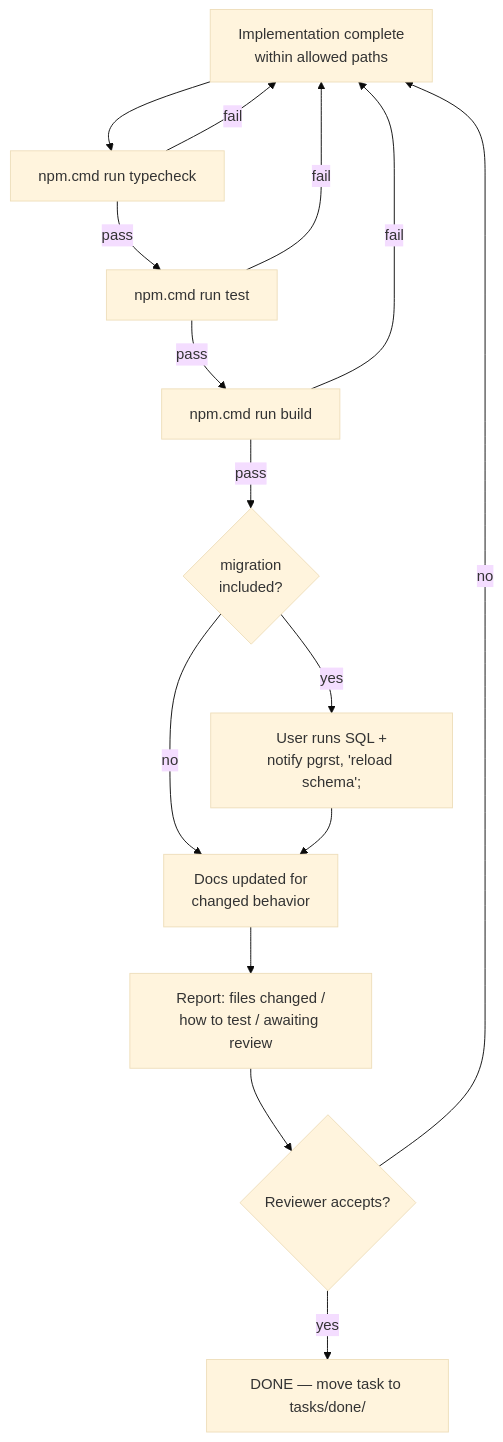
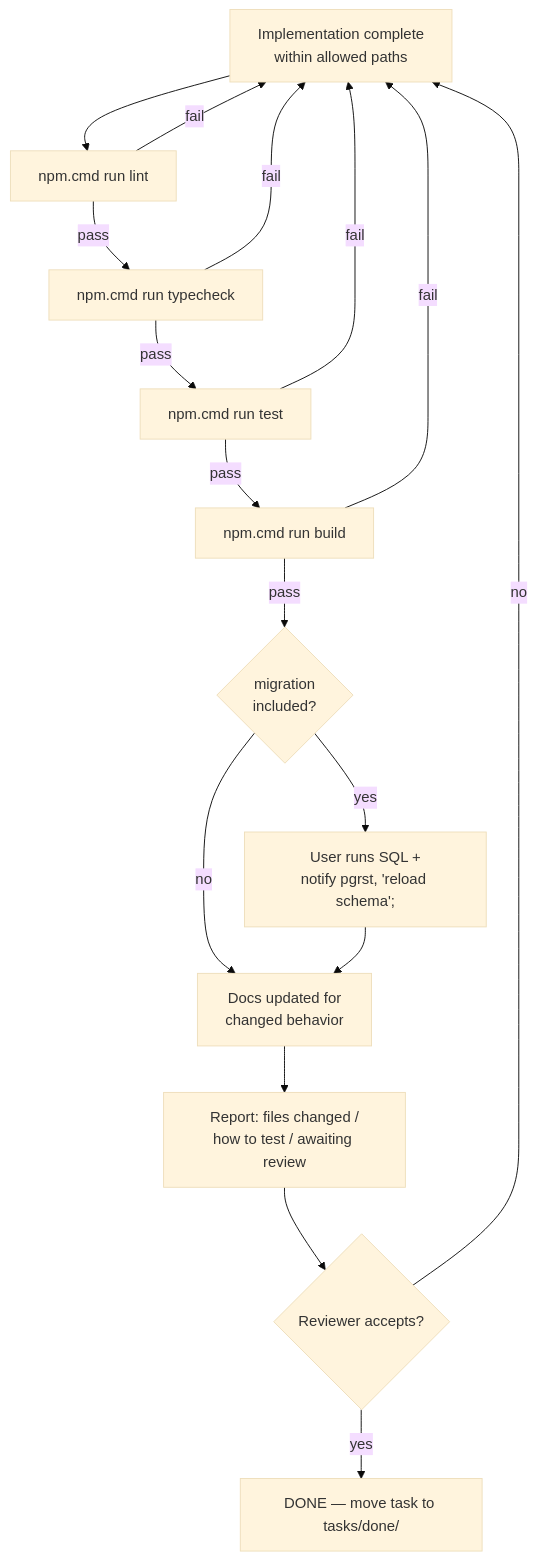
The diagram in docs/13-definition-of-done.md (trongduy-jpg/qlkt-k2), drawn with Mermaid (base theme) before and after one commit. The commit also changed other lines of this file and 7 other files, not shown here.

````diff
--- a/docs/13-definition-of-done.md
+++ b/docs/13-definition-of-done.md
@@ -26,17 +26,19 @@
 ```mermaid
 flowchart TD
-    A["Implementation complete<br/>within allowed paths"] --> B["npm.cmd run typecheck"]
+    A["Implementation complete<br/>within allowed paths"] --> L["npm.cmd run lint"]
+    L -->|fail| A
+    L -->|pass| B["npm.cmd run typecheck"]
     B -->|fail| A
     B -->|pass| C["npm.cmd run test"]
     C -->|fail| A
     C -->|pass| D["npm.cmd run build"]
     D -->|fail| A
     D -->|pass| E{"migration<br/>included?"}
     E -->|yes| F["User runs SQL +<br/>notify pgrst, 'reload schema';"]
     E -->|no| G["Docs updated for<br/>changed behavior"]
     F --> G
     G --> H["Report: files changed /<br/>how to test / awaiting review"]
     H --> I{"Reviewer accepts?"}
     I -->|no| A
     I -->|yes| J["DONE — move task to tasks/done/"]
 ```
````
